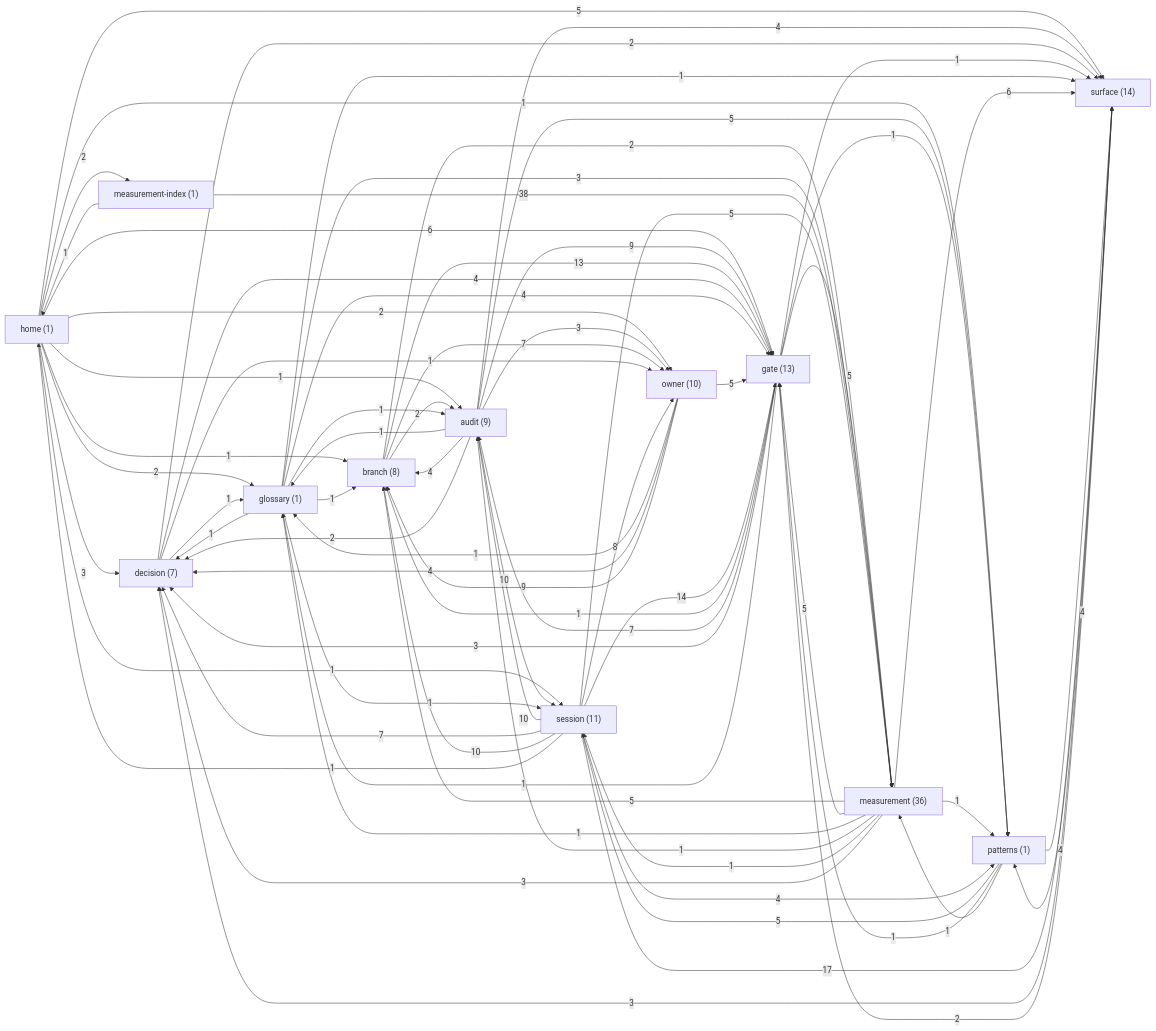
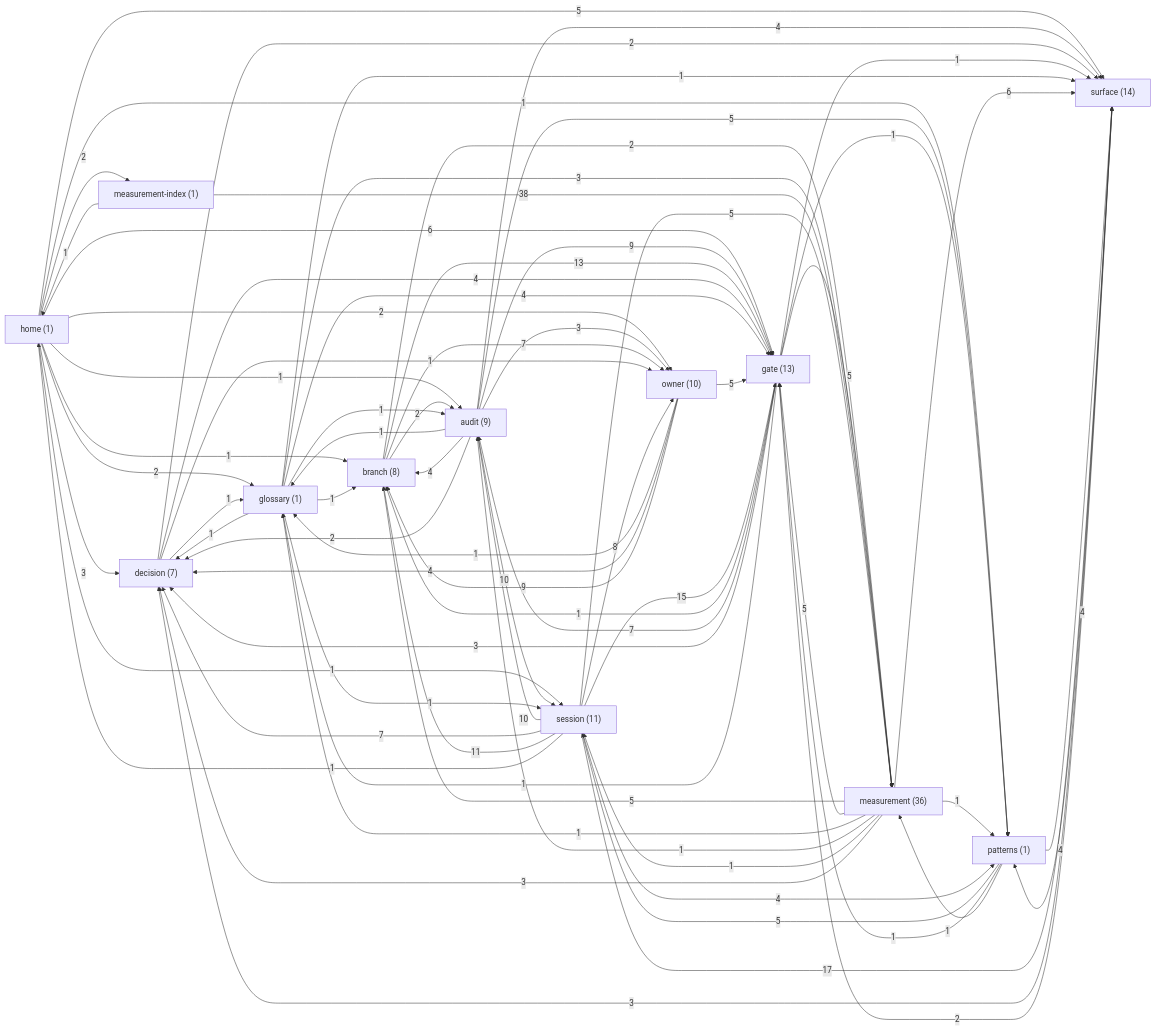
Before and after one commit to sergey9519546/STORYMACHINE: the diagram in docs/brain/GRAPH.md, drawn with Mermaid. The commit also changed other lines of this file and 4 other files, not shown here.

First line of the commit message:
docs(session): the ninth lane (vite-cache-isolation) and the third scoring branch recorded — twelve lanes, thirty-one review rounds; header SHA

```diff
--- a/docs/brain/GRAPH.md
+++ b/docs/brain/GRAPH.md
@@ -78,12 +78,12 @@
   patterns -->|4| surface
   patterns -->|1| gate
   patterns -->|1| measurement
-  session -->|14| gate
+  session -->|15| gate
   session -->|10| audit
   session -->|5| measurement
   session -->|7| decision
   session -->|17| surface
-  session -->|10| branch
+  session -->|11| branch
   session -->|1| home
   session -->|4| patterns
   session -->|8| owner
```
